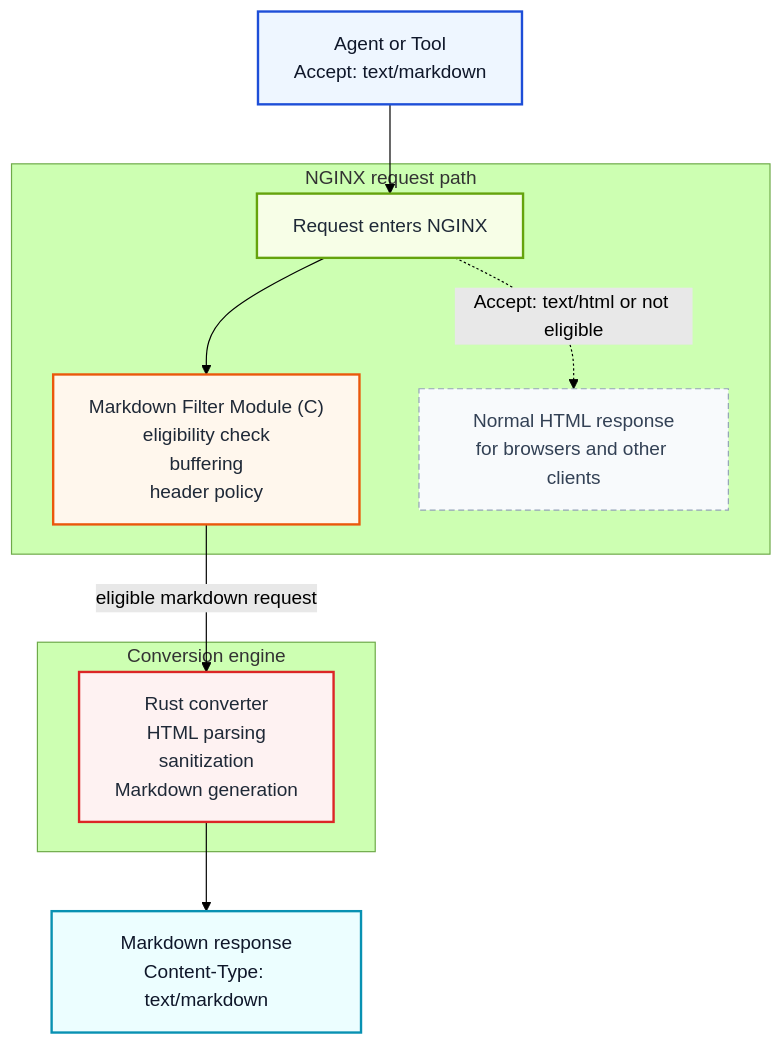
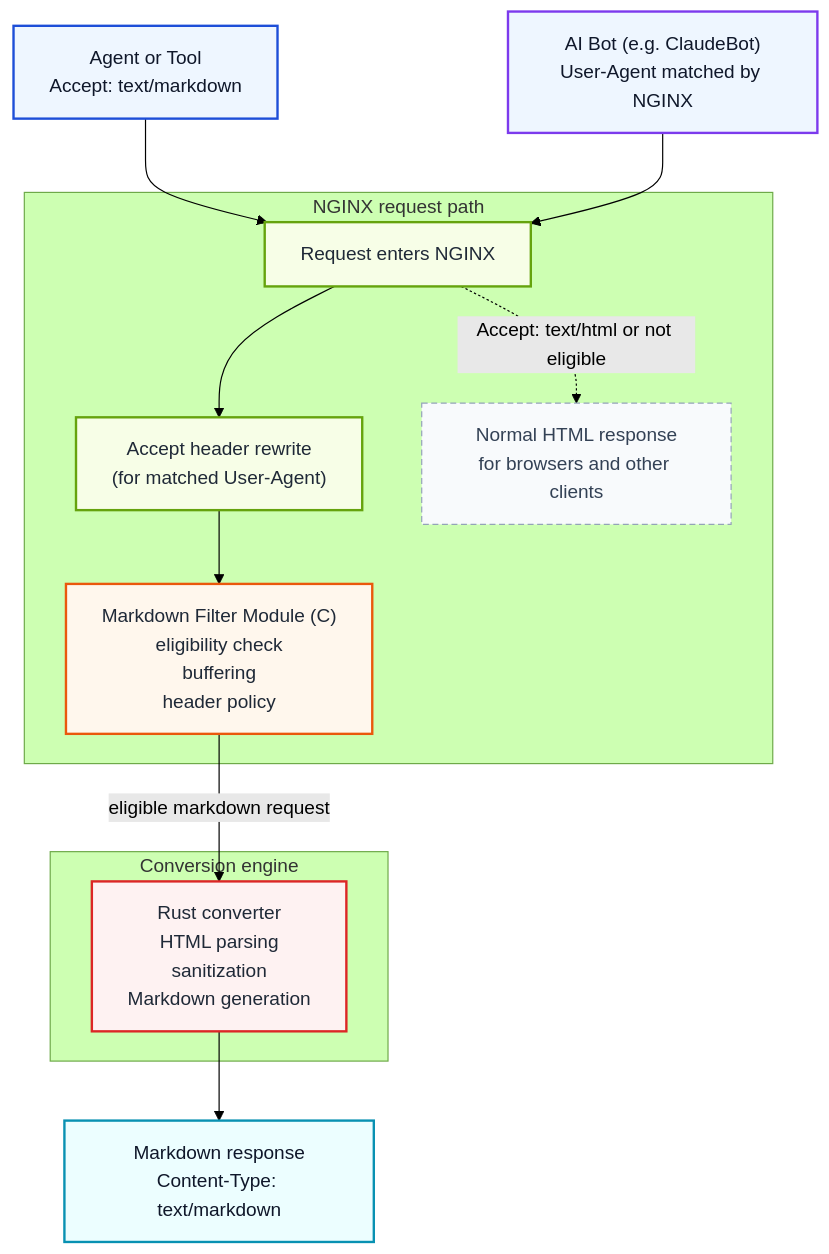
One commit to cnkang/nginx-markdown-for-agents changed the diagram in README.md. Above: the diagram before and after it, drawn with Mermaid (forest theme). The commit also changed other lines of this file and 26 other files, not shown here.

````diff
--- a/README.md
+++ b/README.md
@@ -142,36 +216,43 @@
 ```mermaid
 flowchart TD
     client["Agent or Tool<br/>Accept: text/markdown"]
+    bot["AI Bot (e.g. ClaudeBot)<br/>User-Agent matched by NGINX"]
 
     subgraph edge["NGINX request path"]
         ingress["Request enters NGINX"]
+        rewrite["Accept header rewrite<br/>(for matched User-Agent)"]
         filter["Markdown Filter Module (C)<br/>eligibility check<br/>buffering<br/>header policy"]
         passthrough["Normal HTML response<br/>for browsers and other clients"]
     end
 
     subgraph engine["Conversion engine"]
         rust["Rust converter<br/>HTML parsing<br/>sanitization<br/>Markdown generation"]
     end
 
     markdown["Markdown response<br/>Content-Type: text/markdown"]
 
     client --> ingress
-    ingress --> filter
+    bot --> ingress
+    ingress --> rewrite
+    rewrite --> filter
     filter -->|eligible markdown request| rust
     rust --> markdown
     ingress -.->|Accept: text/html or not eligible| passthrough
 
     classDef client fill:#eef6ff,stroke:#1d4ed8,color:#0f172a,stroke-width:2px;
+    classDef bot fill:#eef6ff,stroke:#7c3aed,color:#0f172a,stroke-width:2px;
     classDef nginx fill:#f7fee7,stroke:#65a30d,color:#1f2937,stroke-width:2px;
     classDef module fill:#fff7ed,stroke:#ea580c,color:#1f2937,stroke-width:2px;
     classDef engine fill:#fef2f2,stroke:#dc2626,color:#1f2937,stroke-width:2px;
     classDef output fill:#ecfeff,stroke:#0891b2,color:#0f172a,stroke-width:2px;
     classDef passthrough fill:#f8fafc,stroke:#94a3b8,color:#334155,stroke-dasharray: 5 3;
 
     class client client;
+    class bot bot;
     class ingress nginx;
+    class rewrite nginx;
     class filter module;
     class rust engine;
     class markdown output;
     class passthrough passthrough;
 ```
````
